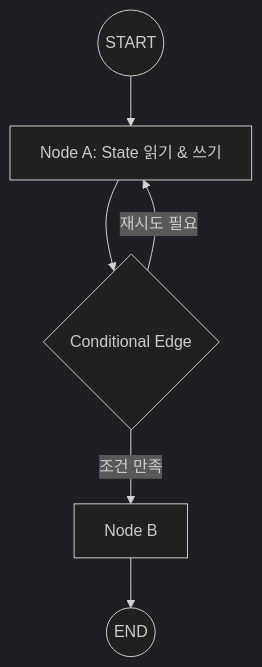
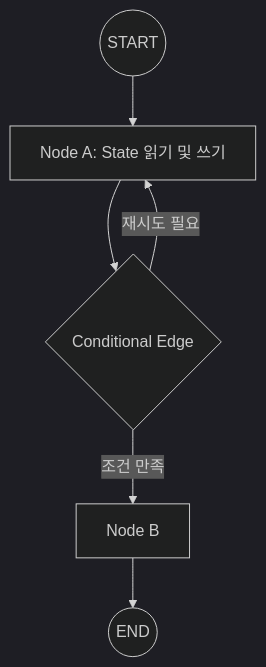
One commit to devpekr/devpekr.github.io changed the diagram in source/_posts/lg102p.md. Above: the diagram before and after it, drawn with Mermaid (dark theme). The commit also changed other lines of this file and 12 other files, not shown here.

Commit message:
feat: fix mermaid syntax, install hexo-filter-mermaid, update simple_agent to Gemini and configure uv

````diff
--- a/source/_posts/lg102p.md
+++ b/source/_posts/lg102p.md
@@ -35,8 +35,8 @@
 ```mermaid
-graph TD
-    START((START)) --> NodeA[Node A: State 읽기 & 쓰기]
-    NodeA --> Edge{Conditional Edge}
-    Edge -- 조건 만족 --> NodeB[Node B]
-    Edge -- 재시도 필요 --> NodeA
+flowchart TD
+    START((START)) --> NodeA["Node A: State 읽기 및 쓰기"]
+    NodeA --> Edge{"Conditional Edge"}
+    Edge -->|조건 만족| NodeB["Node B"]
+    Edge -->|재시도 필요| NodeA
     NodeB --> END((END))
 ```
````
